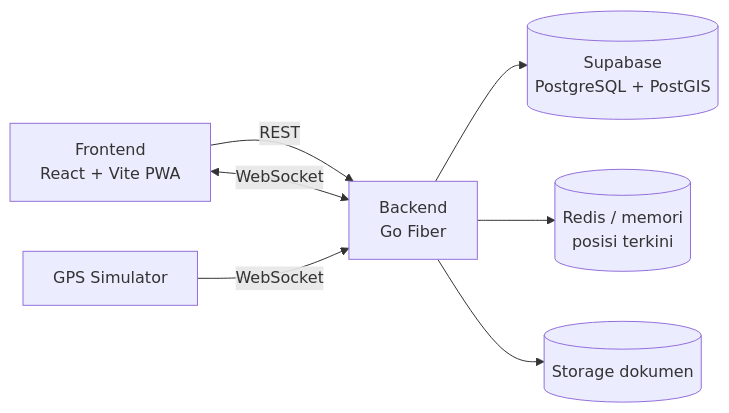
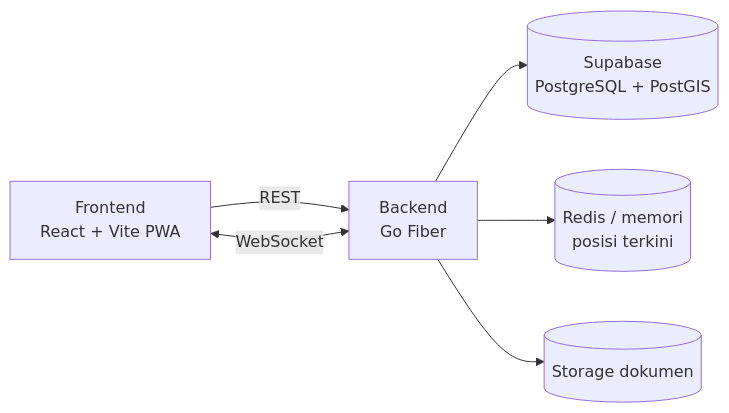
Before and after one commit to angkot-live/angkot-live: the first of 5 diagrams in docs/PRD.md, drawn with Mermaid. The commit also changed other lines of this file and 38 other files, not shown here.

````diff
--- a/docs/PRD.md
+++ b/docs/PRD.md
@@ -201,9 +203,8 @@
 ```mermaid
 flowchart LR
     FE["Frontend<br/>React + Vite PWA"] -->|REST| API["Backend<br/>Go Fiber"]
     FE <-->|WebSocket| API
     API --> DB[("Supabase<br/>PostgreSQL + PostGIS")]
     API --> MEM[("Redis / memori<br/>posisi terkini")]
     API --> FS[("Storage dokumen")]
-    SIM["GPS Simulator"] -->|WebSocket| API
 ```
````
